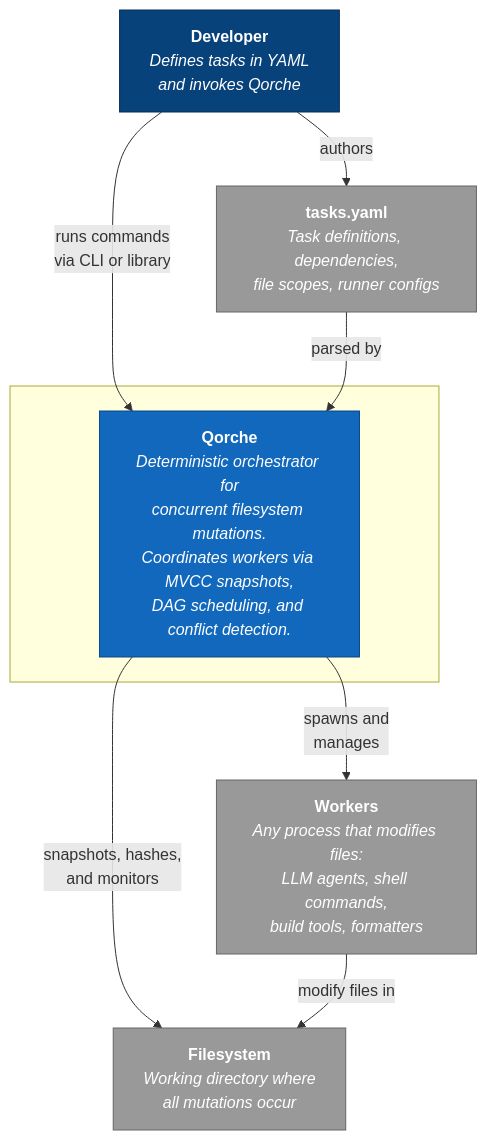
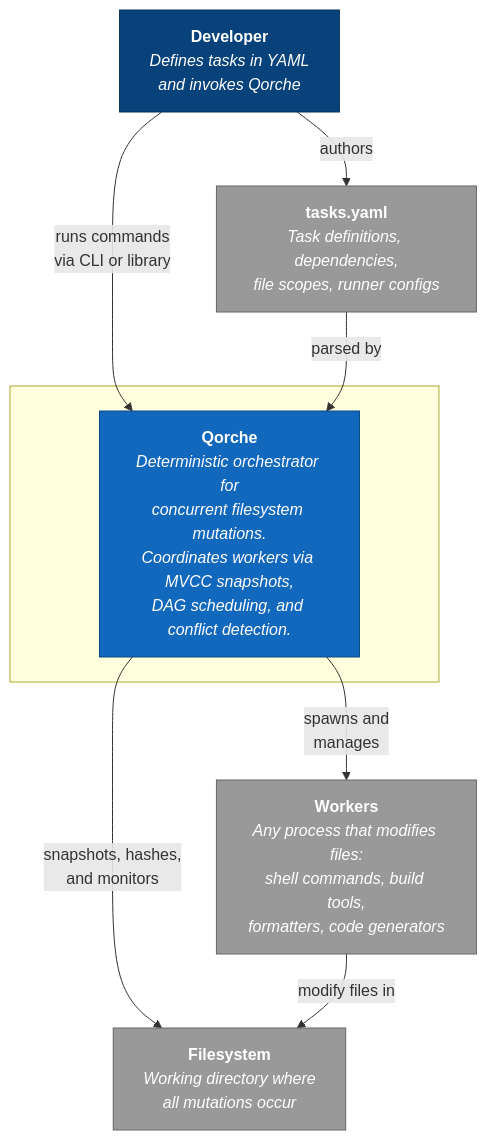
Before and after one commit to Qorche/qorche: the first of 2 diagrams in README.md, drawn with Mermaid. The commit also changed other lines of this file and 12 other files, not shown here.

````diff
--- a/README.md
+++ b/README.md
@@ -198,23 +200,23 @@
 ```mermaid
 graph TB
     classDef person fill:#08427b,stroke:#052e56,color:#fff
     classDef system fill:#1168bd,stroke:#0b4884,color:#fff
     classDef external fill:#999,stroke:#666,color:#fff
 
     Dev["<b>Developer</b><br/><i>Defines tasks in YAML<br/>and invokes Qorche</i>"]:::person
 
     subgraph Qorche_System [" "]
         Q["<b>Qorche</b><br/><i>Deterministic orchestrator for<br/>concurrent filesystem mutations.<br/>Coordinates workers via MVCC snapshots,<br/>DAG scheduling, and conflict detection.</i>"]:::system
     end
 
-    Agents["<b>Workers</b><br/><i>Any process that modifies files:<br/>LLM agents, shell commands,<br/>build tools, formatters</i>"]:::external
+    Agents["<b>Workers</b><br/><i>Any process that modifies files:<br/>shell commands, build tools,<br/>formatters, code generators</i>"]:::external
     FS["<b>Filesystem</b><br/><i>Working directory where<br/>all mutations occur</i>"]:::external
     YAML["<b>tasks.yaml</b><br/><i>Task definitions, dependencies,<br/>file scopes, runner configs</i>"]:::external
 
     Dev -->|"runs commands<br/>via CLI or library"| Q
     Dev -->|"authors"| YAML
     YAML -->|"parsed by"| Q
     Q -->|"spawns and<br/>manages"| Agents
     Q -->|"snapshots, hashes,<br/>and monitors"| FS
     Agents -->|"modify files in"| FS
 ```
````
